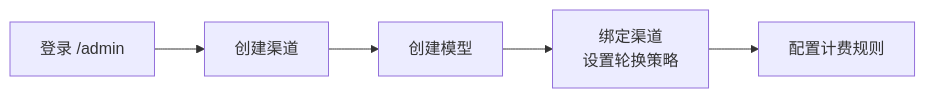
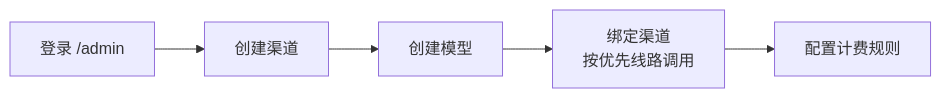
Before and after one commit to kggzs/Doodle-Canvas: the diagram in README.md, drawn with Mermaid. The commit also changed other lines of this file and 36 other files, not shown here.

````diff
--- a/README.md
+++ b/README.md
@@ -168,7 +172,7 @@
 ```mermaid
 flowchart LR
   A[登录 /admin] --> B[创建渠道]
   B --> C[创建模型]
-  C --> D[绑定渠道<br>设置轮换策略]
+  C --> D[绑定渠道<br>按优先线路调用]
   D --> E[配置计费规则]
 ```
````
